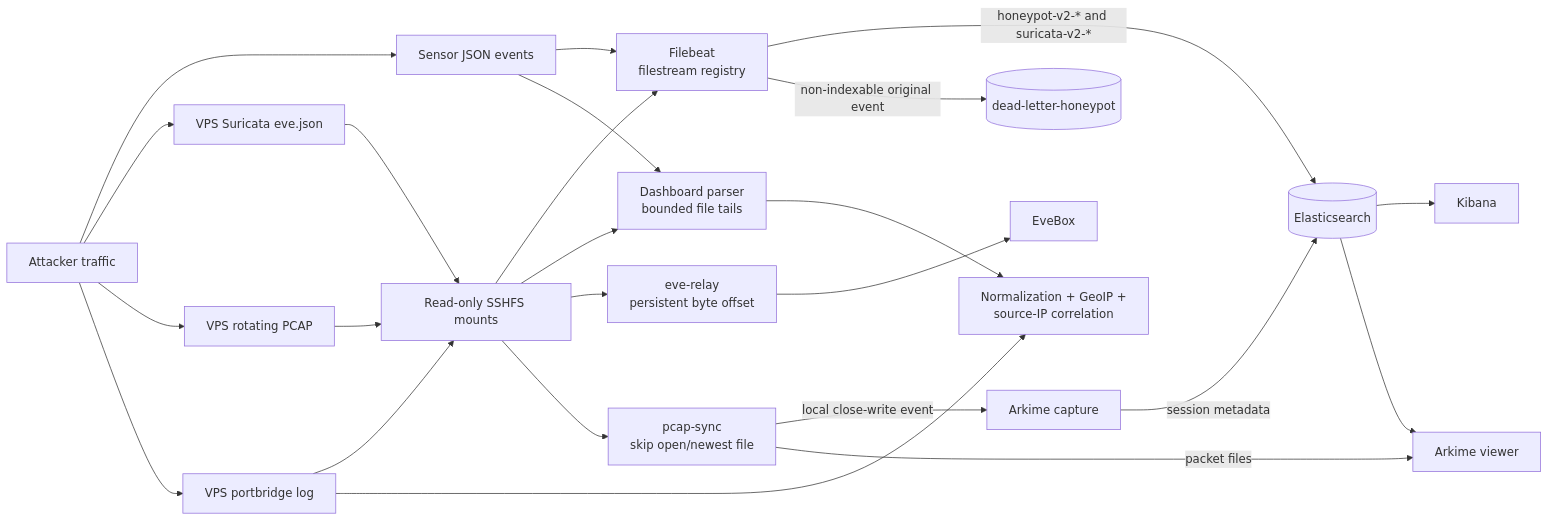
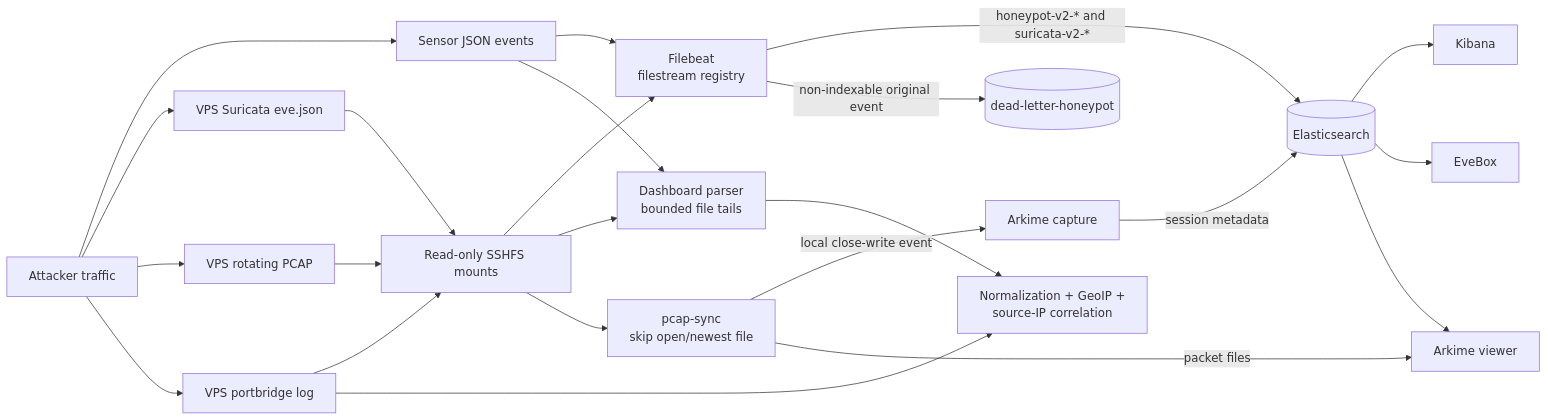
Before and after one commit to Xore/APIARY: the third of 5 diagrams in README.md, drawn with Mermaid. The commit also changed other lines of this file and 6 other files, not shown here.

````diff
--- a/README.md
+++ b/README.md
@@ -214,49 +212,47 @@
 ```mermaid
 flowchart LR
   traffic["Attacker traffic"]
   sensorEvents["Sensor JSON events"]
   vpsEve["VPS Suricata eve.json"]
   vpsPcap["VPS rotating PCAP"]
   portLog["VPS portbridge log"]
   sshfs["Read-only SSHFS mounts"]
-  relay["eve-relay<br/>persistent byte offset"]
   filebeat["Filebeat<br/>filestream registry"]
   live["Dashboard parser<br/>bounded file tails"]
   normalize["Normalization + GeoIP +<br/>source-IP correlation"]
   es[("Elasticsearch")]
   dlq[("dead-letter-honeypot")]
   kibana["Kibana"]
   evebox["EveBox"]
   sync["pcap-sync<br/>skip open/newest file"]
   arkime["Arkime capture"]
   viewer["Arkime viewer"]
 
   traffic --> sensorEvents
   traffic --> vpsEve
   traffic --> vpsPcap
   traffic --> portLog
 
   vpsEve --> sshfs
   vpsPcap --> sshfs
   portLog --> sshfs
 
   sensorEvents --> filebeat
   sshfs --> filebeat
   filebeat -->|"honeypot-v2-* and suricata-v2-*"| es
   filebeat -->|"non-indexable original event"| dlq
   es --> kibana
 
   sensorEvents --> live
   sshfs --> live
   live --> normalize
   portLog --> normalize
 
-  sshfs --> relay
-  relay --> evebox
+  es --> evebox
 
   sshfs --> sync
   sync -->|"local close-write event"| arkime
   arkime -->|"session metadata"| es
   sync -->|"packet files"| viewer
   es --> viewer
 ```
````
